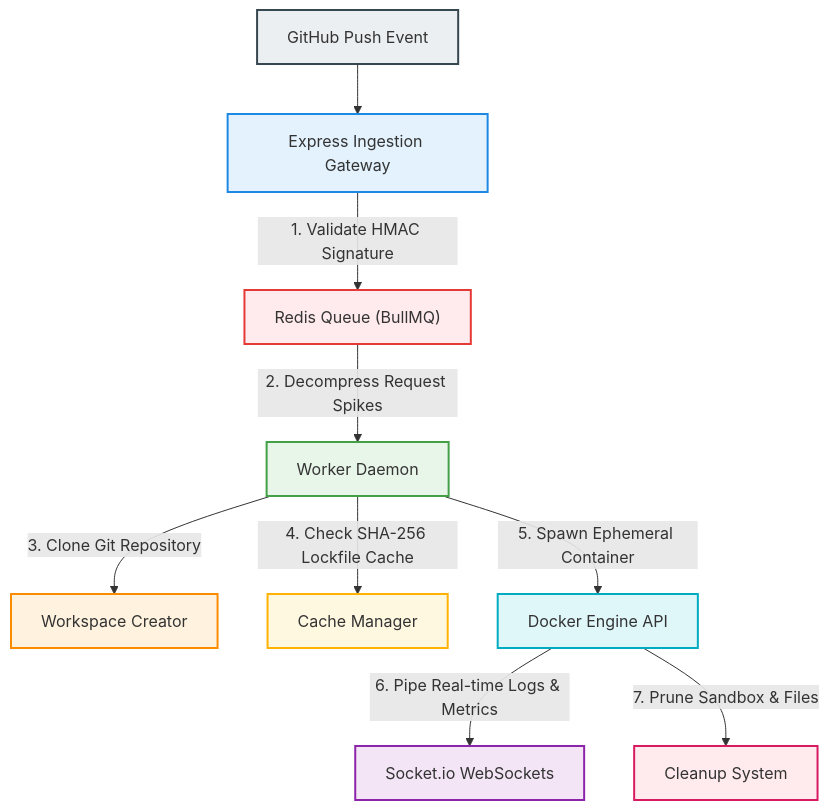
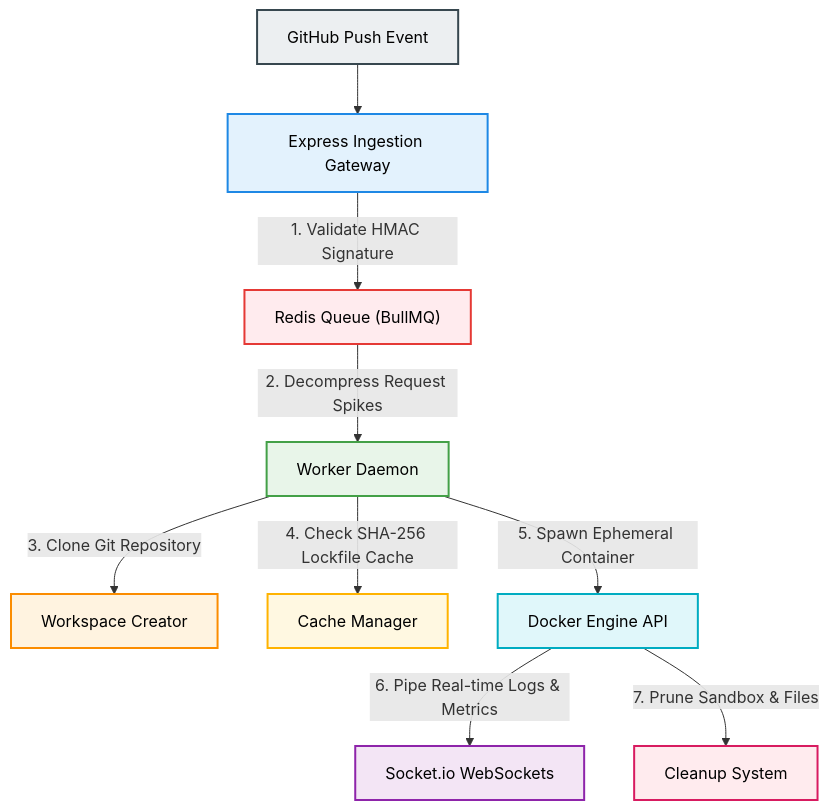
The diagram in README.md (AmanKashyapp07/MagnusCI), drawn with Mermaid before and after one commit.

Commit message:
docs: fix Mermaid node text readability color contrast

````diff
--- a/README.md
+++ b/README.md
@@ -183,34 +183,34 @@
 ```mermaid
 graph TD
     %% Nodes
     A["GitHub Push Event"]
     B["Express Ingestion Gateway"]
     C["Redis Queue (BullMQ)"]
     D["Worker Daemon"]
     E["Workspace Creator"]
     F["Cache Manager"]
     G["Docker Engine API"]
     H["Socket.io WebSockets"]
     I["Cleanup System"]
 
     %% Connections
     A --> B
     B -->|1. Validate HMAC Signature| C
     C -->|2. Decompress Request Spikes| D
     D -->|3. Clone Git Repository| E
     D -->|4. Check SHA-256 Lockfile Cache| F
     D -->|5. Spawn Ephemeral Container| G
     G -->|6. Pipe Real-time Logs & Metrics| H
     G -->|7. Prune Sandbox & Files| I
 
     %% Styling
-    style A fill:#ECEFF1,stroke:#37474F,stroke-width:2px
-    style B fill:#E3F2FD,stroke:#1E88E5,stroke-width:2px
-    style C fill:#FFEBEE,stroke:#E53935,stroke-width:2px
-    style D fill:#E8F5E9,stroke:#43A047,stroke-width:2px
-    style E fill:#FFF3E0,stroke:#FB8C00,stroke-width:2px
-    style F fill:#FFF8E1,stroke:#FFB300,stroke-width:2px
-    style G fill:#E0F7FA,stroke:#00ACC1,stroke-width:2px
-    style H fill:#F3E5F5,stroke:#8E24AA,stroke-width:2px
-    style I fill:#FFEBEE,stroke:#D81B60,stroke-width:2px
+    style A fill:#ECEFF1,stroke:#37474F,stroke-width:2px,color:#000
+    style B fill:#E3F2FD,stroke:#1E88E5,stroke-width:2px,color:#000
+    style C fill:#FFEBEE,stroke:#E53935,stroke-width:2px,color:#000
+    style D fill:#E8F5E9,stroke:#43A047,stroke-width:2px,color:#000
+    style E fill:#FFF3E0,stroke:#FB8C00,stroke-width:2px,color:#000
+    style F fill:#FFF8E1,stroke:#FFB300,stroke-width:2px,color:#000
+    style G fill:#E0F7FA,stroke:#00ACC1,stroke-width:2px,color:#000
+    style H fill:#F3E5F5,stroke:#8E24AA,stroke-width:2px,color:#000
+    style I fill:#FFEBEE,stroke:#D81B60,stroke-width:2px,color:#000
 ```
````
